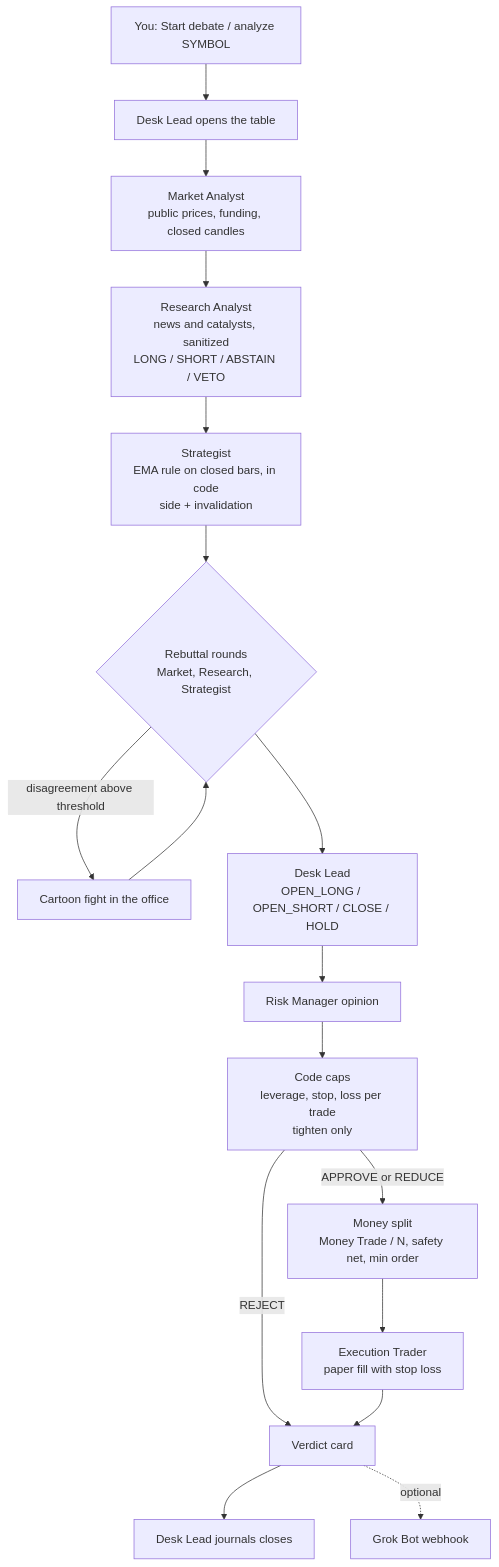
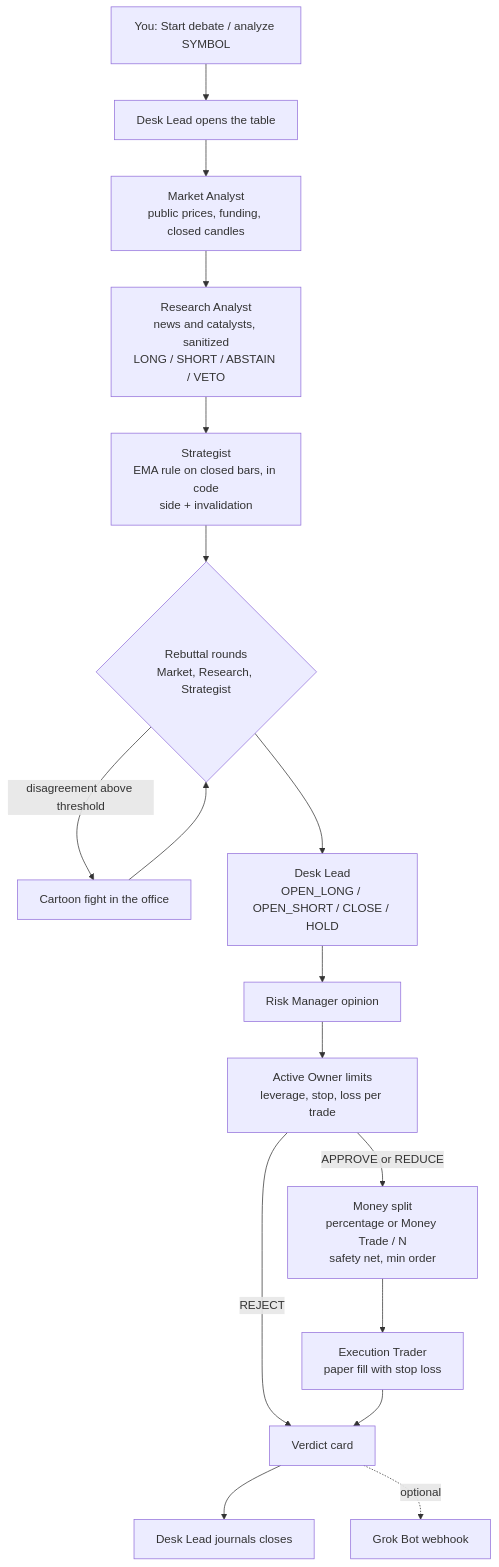
Before and after one commit to aabrur/trading-agent-mpu-gandring: the first of 2 diagrams in README.md, drawn with Mermaid. The commit also changed other lines of this file and 82 other files, not shown here.

````diff
--- a/README.md
+++ b/README.md
@@ -292,19 +296,19 @@
 ```mermaid
 flowchart TD
     U[You: Start debate / analyze SYMBOL] --> L0[Desk Lead opens the table]
     L0 --> M[Market Analyst<br/>public prices, funding, closed candles]
     M --> R[Research Analyst<br/>news and catalysts, sanitized<br/>LONG / SHORT / ABSTAIN / VETO]
     R --> S[Strategist<br/>EMA rule on closed bars, in code<br/>side + invalidation]
     S --> D{Rebuttal rounds<br/>Market, Research, Strategist}
     D -->|disagreement above threshold| F[Cartoon fight in the office]
     F --> D
     D --> L[Desk Lead<br/>OPEN_LONG / OPEN_SHORT / CLOSE / HOLD]
     L --> K[Risk Manager opinion]
-    K --> C[Code caps<br/>leverage, stop, loss per trade<br/>tighten only]
+    K --> C[Active Owner limits<br/>leverage, stop, loss per trade]
     C -->|REJECT| V[Verdict card]
-    C -->|APPROVE or REDUCE| P[Money split<br/>Money Trade / N, safety net, min order]
+    C -->|APPROVE or REDUCE| P[Money split<br/>percentage or Money Trade / N<br/>safety net, min order]
     P --> E[Execution Trader<br/>paper fill with stop loss]
     E --> V
     V --> J[Desk Lead journals closes]
     V -.optional.-> G[Grok Bot webhook]
 ```
````
